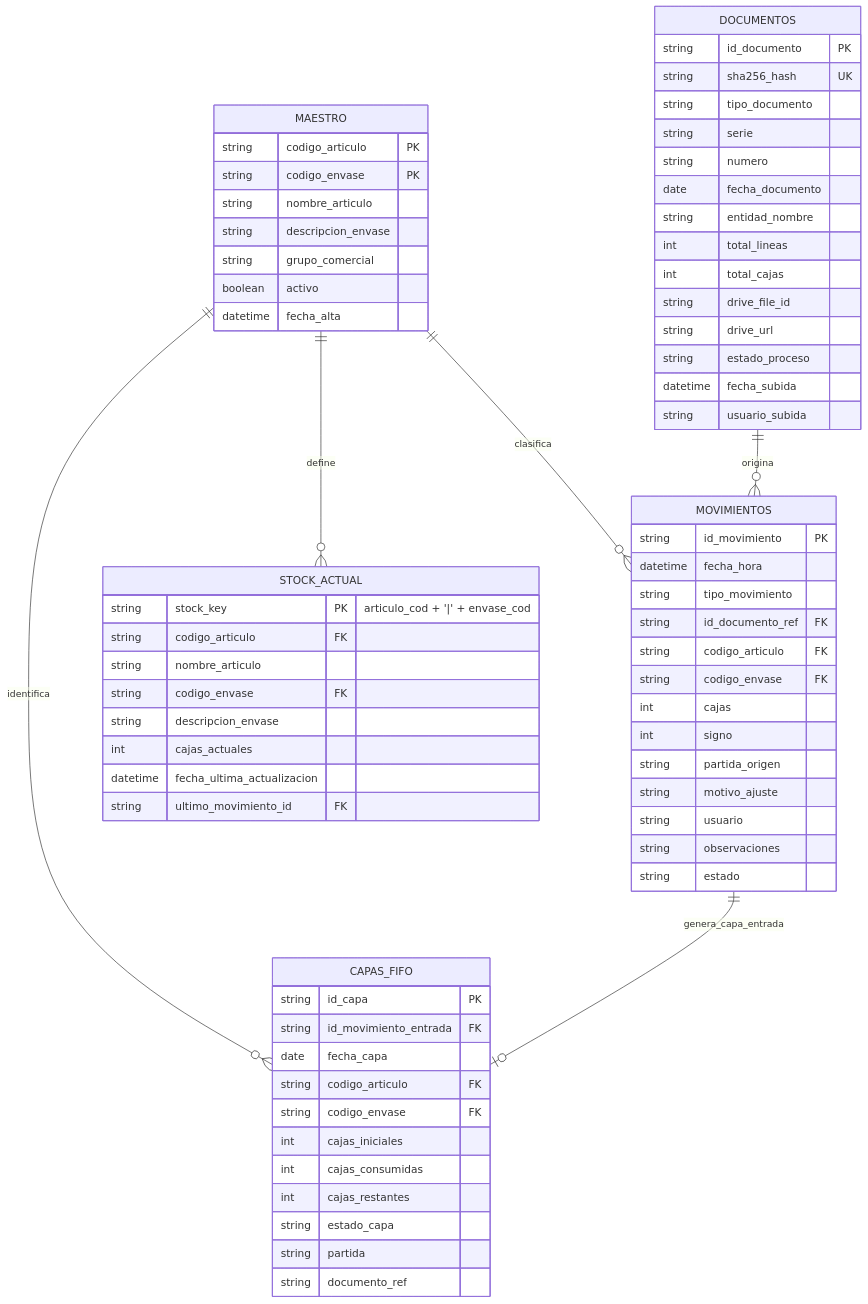
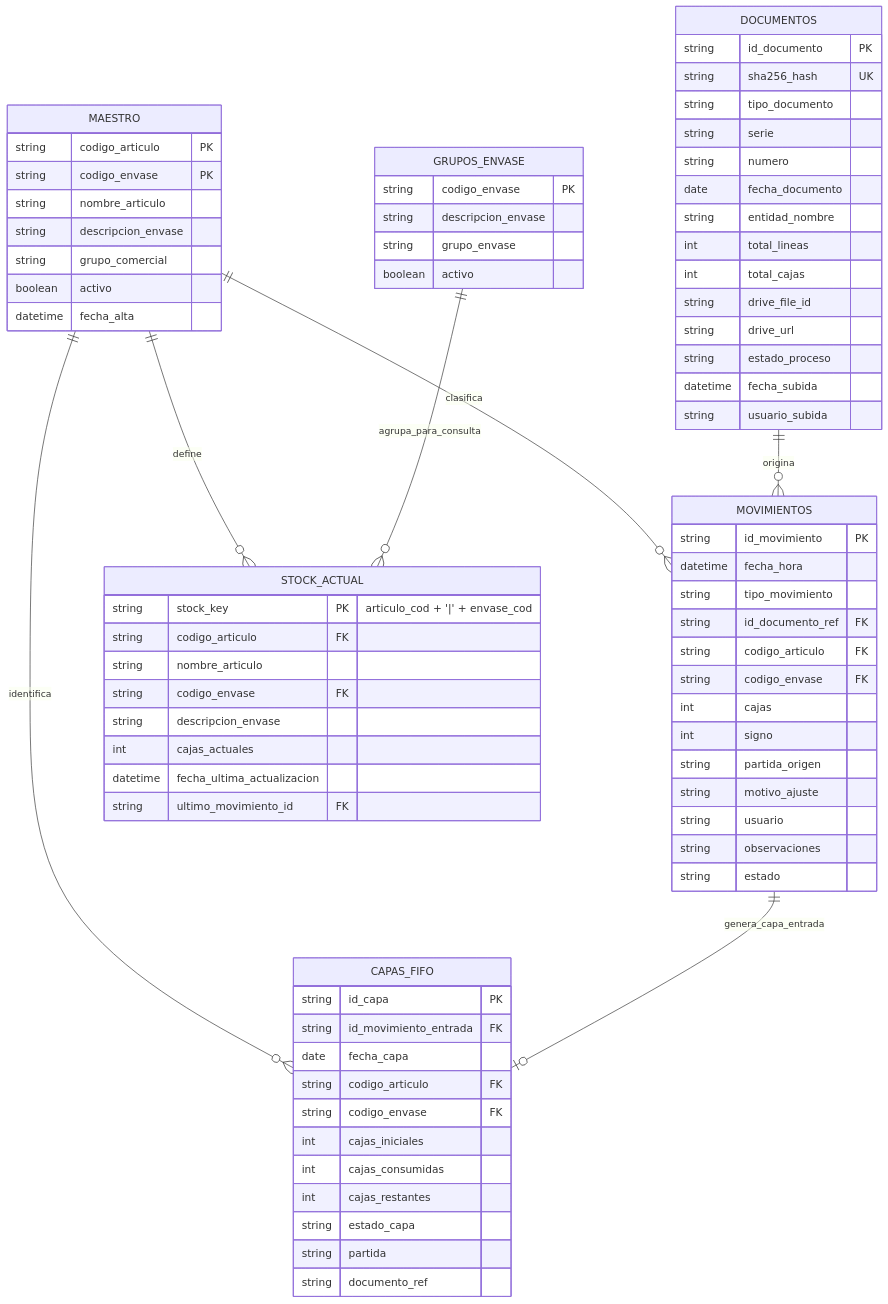
The diagram in DATA_MODEL.md (johannmartlo/STOCK-LIGHT), drawn with Mermaid before and after one commit. The commit also changed other lines of this file and 6 other files, not shown here.

```diff
--- a/DATA_MODEL.md
+++ b/DATA_MODEL.md
@@ -21,6 +21,14 @@
     MAESTRO ||--o{ CAPAS_FIFO : "identifica"
     DOCUMENTOS ||--o{ MOVIMIENTOS : "origina"
     MOVIMIENTOS ||--o| CAPAS_FIFO : "genera_capa_entrada"
+    GRUPOS_ENVASE ||--o{ STOCK_ACTUAL : "agrupa_para_consulta"
+    
+    GRUPOS_ENVASE {
+        string codigo_envase PK
+        string descripcion_envase
+        string grupo_envase
+        boolean activo
+    }
     
     MAESTRO {
         string codigo_articulo PK
```
